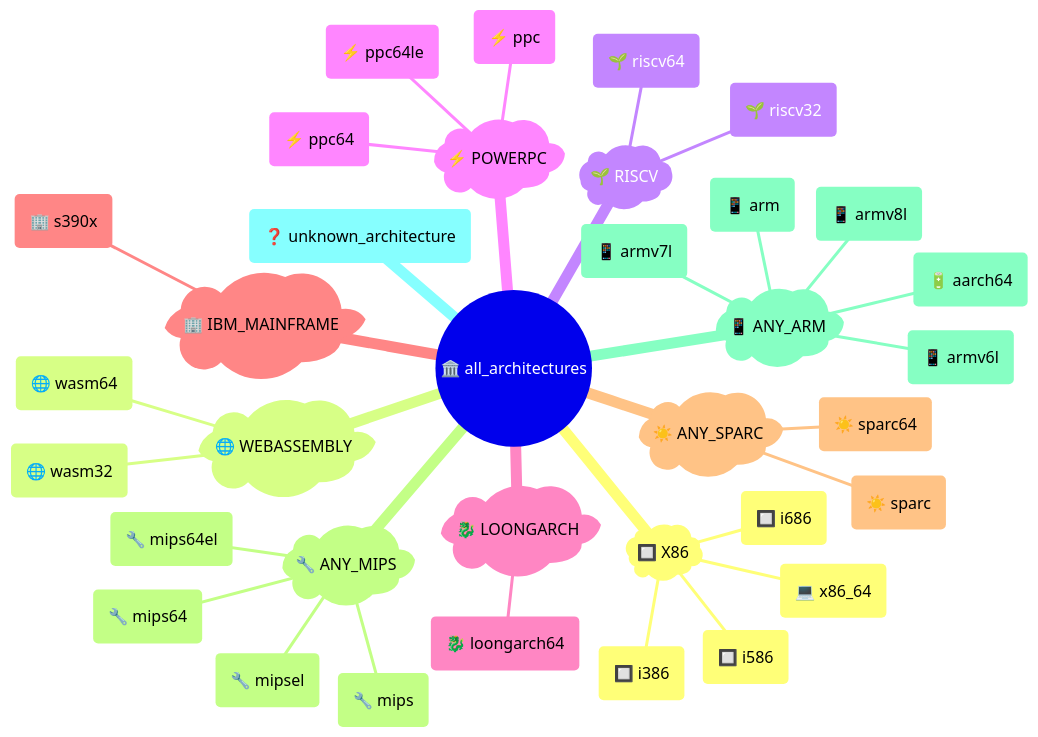
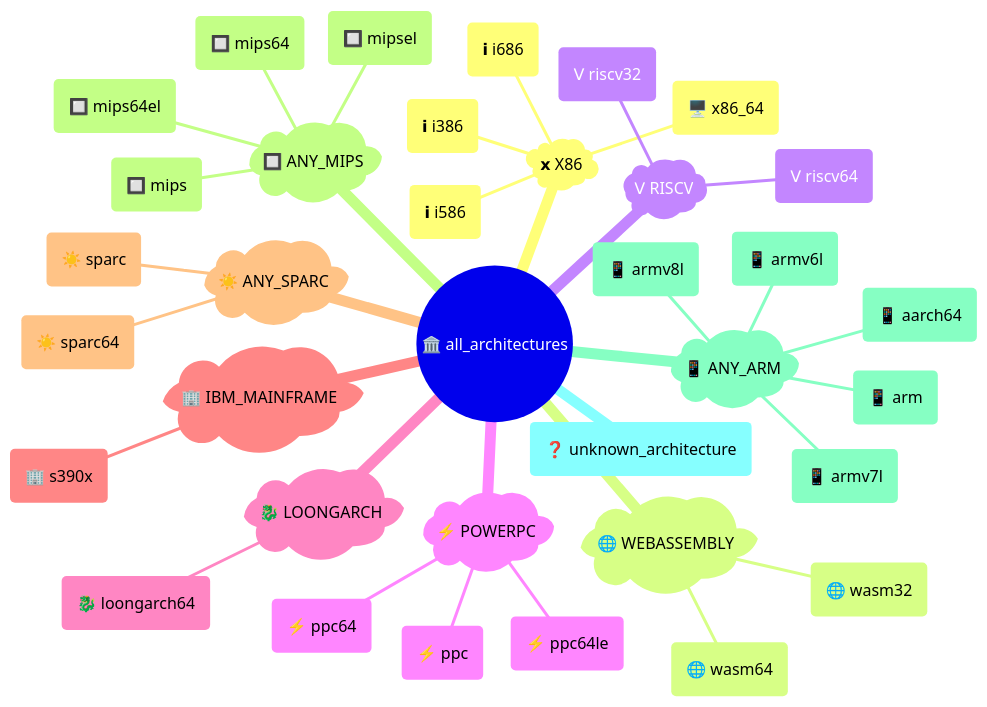
Before and after one commit to kdeldycke/extra-platforms: the first of 3 diagrams in readme.md, drawn with Mermaid. The commit also changed other lines of this file and 7 other files, not shown here.

````diff
--- a/readme.md
+++ b/readme.md
@@ -204,41 +204,41 @@
 ```mermaid
 ---
 config: {"mindmap": {"padding": 5}}
 ---
 mindmap
     ((🏛️ all_architectures))
-        )🔲 X86(
-            (🔲 i386)
-            (🔲 i586)
-            (🔲 i686)
-            (💻 x86_64)
+        )𝘅 X86(
+            (𝗶 i386)
+            (𝗶 i586)
+            (𝗶 i686)
+            (🖥️ x86_64)
         )🌐 WEBASSEMBLY(
             (🌐 wasm32)
             (🌐 wasm64)
-        )🌱 RISCV(
-            (🌱 riscv32)
-            (🌱 riscv64)
+        )Ⅴ RISCV(
+            (Ⅴ riscv32)
+            (Ⅴ riscv64)
         )⚡ POWERPC(
             (⚡ ppc)
             (⚡ ppc64)
             (⚡ ppc64le)
         )🐉 LOONGARCH(
             (🐉 loongarch64)
         )🏢 IBM_MAINFRAME(
             (🏢 s390x)
         )☀️ ANY_SPARC(
             (☀️ sparc)
             (☀️ sparc64)
-        )🔧 ANY_MIPS(
-            (🔧 mips)
-            (🔧 mips64)
-            (🔧 mips64el)
-            (🔧 mipsel)
+        )🔲 ANY_MIPS(
+            (🔲 mips)
+            (🔲 mips64)
+            (🔲 mips64el)
+            (🔲 mipsel)
         )📱 ANY_ARM(
-            (🔋 aarch64)
+            (📱 aarch64)
             (📱 arm)
             (📱 armv6l)
             (📱 armv7l)
             (📱 armv8l)
         (❓ unknown_architecture)
 ```
````
